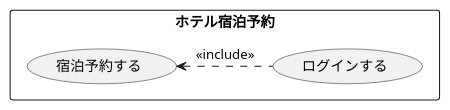
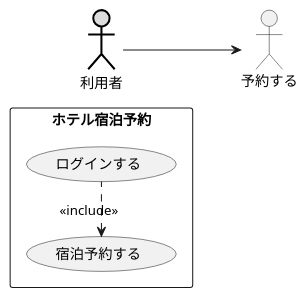
Before and after one commit to Shuma323/UML_inatroduction: the diagram in 演習2-3_ホテル宿泊予約.pu, drawn with PlantUML. The commit also changed 3 other files, not shown here.

```diff
--- a/演習2-3_ホテル宿泊予約.pu
+++ b/演習2-3_ホテル宿泊予約.pu
@@ -1,7 +1,10 @@
 @startuml ユースケース図
+left to right direction
+actor 利用者#DDDDDD;line:black;line.bold;
 rectangle ホテル宿泊予約 {
 usecase 宿泊予約する
 usecase ログインする
 }
 宿泊予約する <. ログインする : << include >>
+利用者 --> 予約する
 @enduml
```
